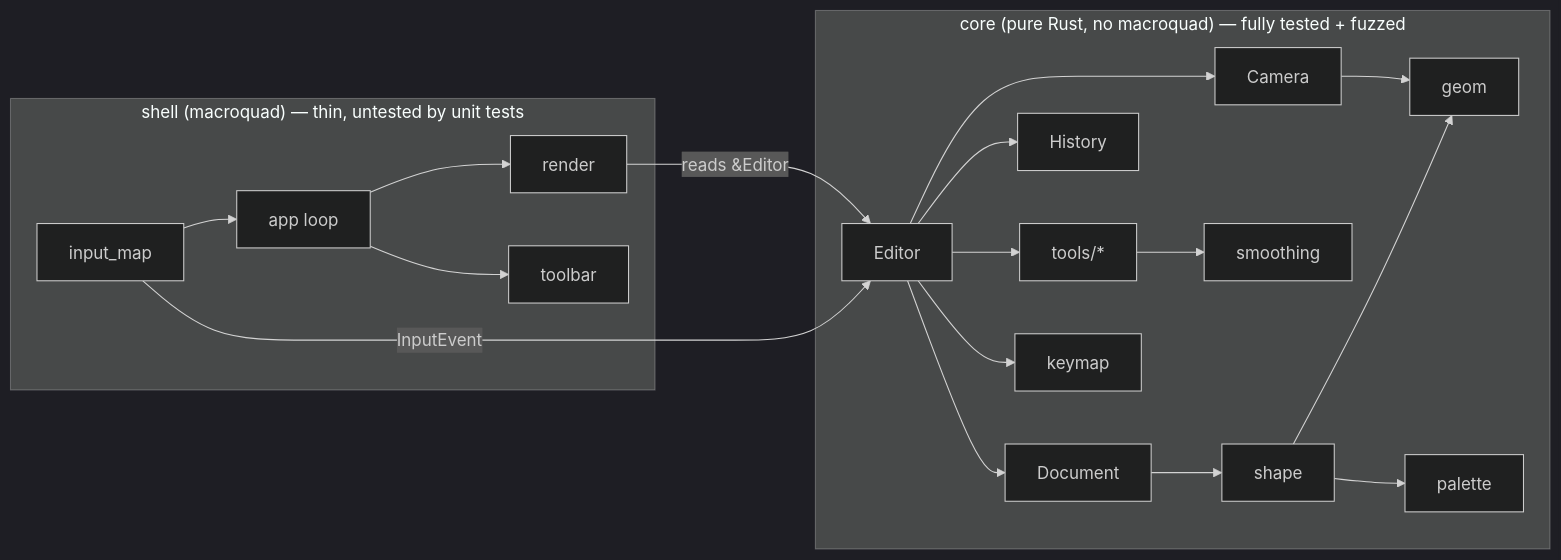
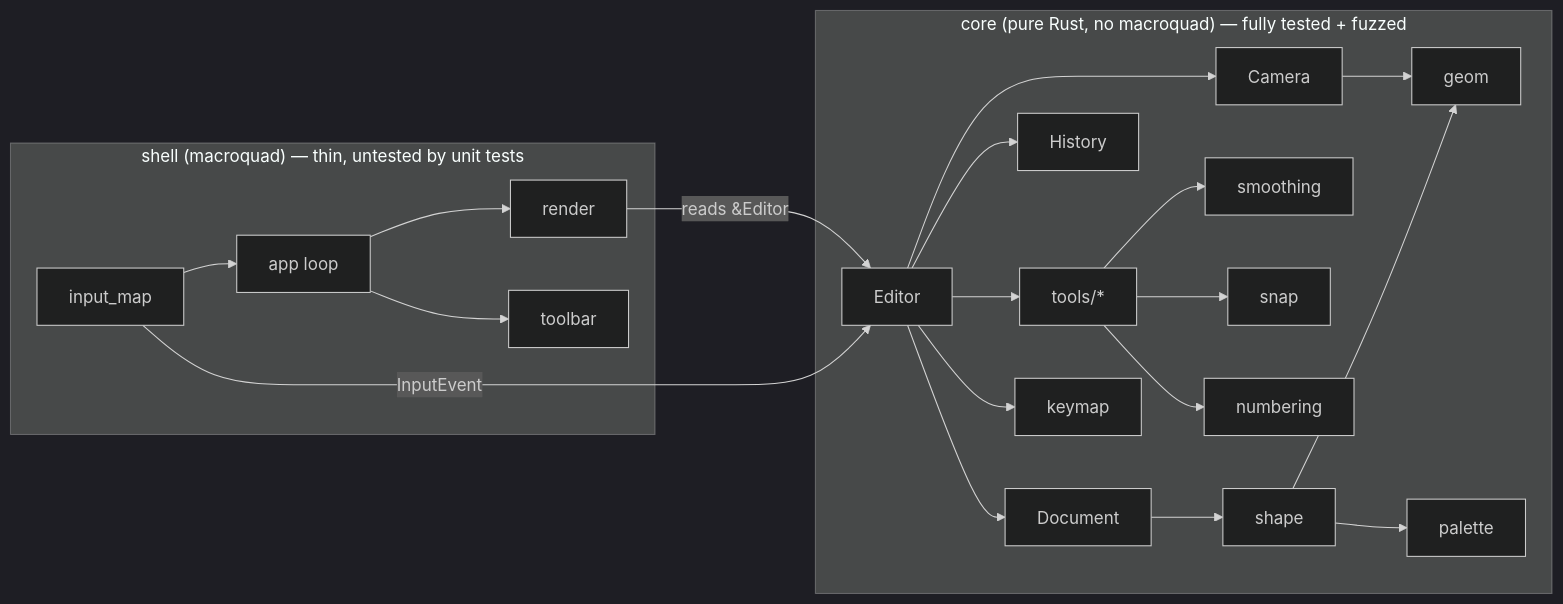
One commit to UmBender/draw changed the diagram in docs/architecture/Architecture.md. Above: the diagram before and after it, drawn with Mermaid (dark theme). The commit also changed other lines of this file and 3 other files, not shown here.

First line of the commit message:
docs(T16): add tutorial, update architecture and keymap

````diff
--- a/docs/architecture/Architecture.md
+++ b/docs/architecture/Architecture.md
@@ -14,22 +14,24 @@
 ```mermaid
 flowchart LR
   subgraph shell["shell (macroquad) — thin, untested by unit tests"]
     IM[input_map] --> APP[app loop]
     APP --> R[render]
     APP --> TB[toolbar]
   end
   subgraph core["core (pure Rust, no macroquad) — fully tested + fuzzed"]
     ED[Editor] --> DOC[Document]
     ED --> HIS[History]
     ED --> CAM[Camera]
     ED --> TOOLS[tools/*]
     ED --> KM[keymap]
     TOOLS --> SM[smoothing]
+    TOOLS --> SNAP[snap]
+    TOOLS --> NUM[numbering]
     DOC --> SH[shape]
     SH --> G[geom]
     CAM --> G
     SH --> PAL[palette]
   end
   IM -- "InputEvent" --> ED
   R -- "reads &Editor" --> ED
 ```
````
